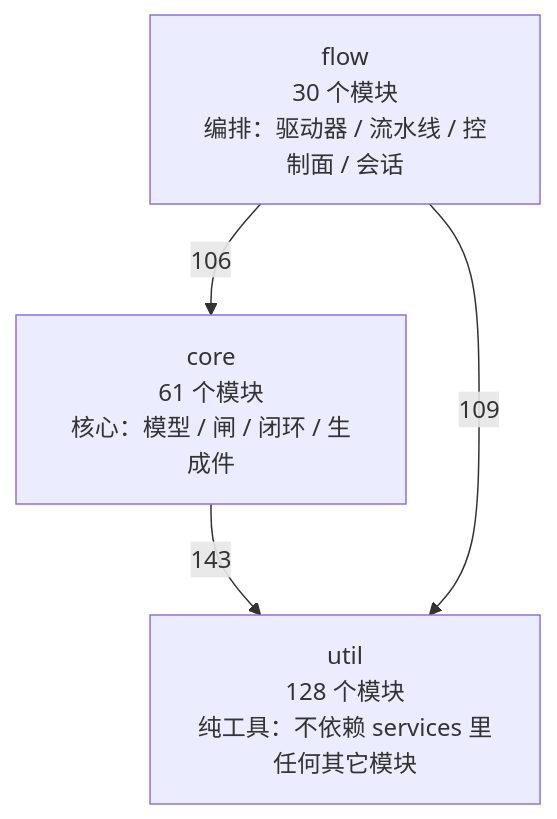
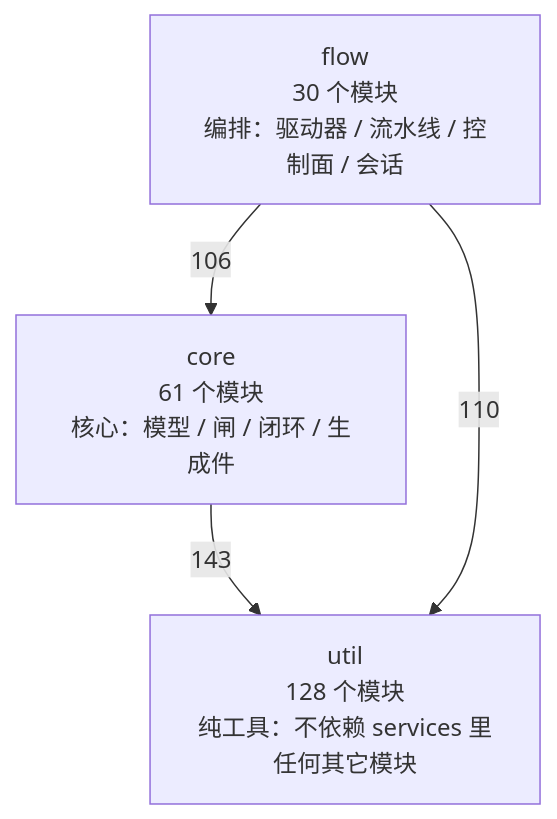
The first of 4 diagrams in docs/SlideRule V6.2 架构图（自动生成）.md (2686521696/WhyBuddy), drawn with Mermaid before and after one commit. The commit also changed other lines of this file and 5 other files, not shown here.

First line of the commit message:
四张权威架构图重新生成；生成器收进 package.json 一处入口

````diff
--- a/docs/SlideRule V6.2 架构图（自动生成）.md
+++ b/docs/SlideRule V6.2 架构图（自动生成）.md
@@ -48,9 +48,9 @@
 ```mermaid
 flowchart TB
   util["util<br/>128 个模块<br/>纯工具：不依赖 services 里任何其它模块"]
   core["core<br/>61 个模块<br/>核心：模型 / 闸 / 闭环 / 生成件"]
   flow["flow<br/>30 个模块<br/>编排：驱动器 / 流水线 / 控制面 / 会话"]
   core -->|143| util
   flow -->|106| core
-  flow -->|109| util
+  flow -->|110| util
 ```
````
